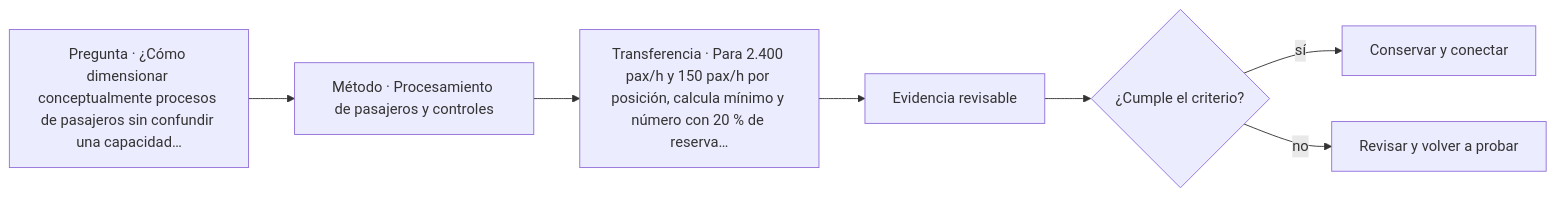
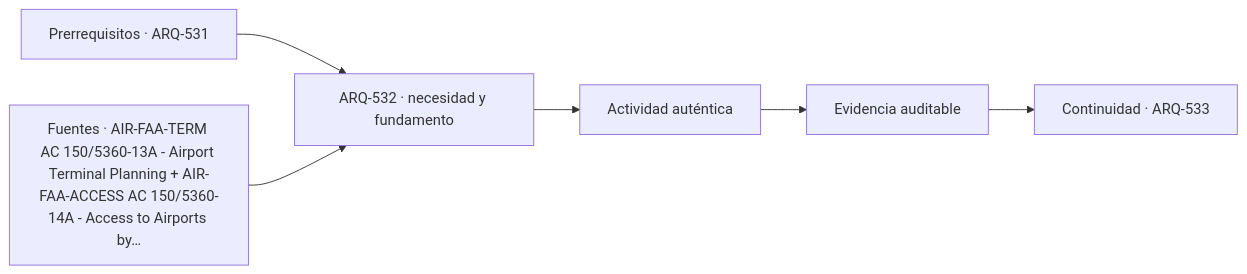
Before and after one commit to vladimiracunadev-create/architecture-built-environment-learning-program: the diagram in classes/parte-54/ARQ-532.md, drawn with Mermaid. The commit also changed other lines of this file and 761 other files, not shown here.

````diff
--- a/classes/parte-54/ARQ-532.md
+++ b/classes/parte-54/ARQ-532.md
@@ -91,9 +103,8 @@
 ```mermaid
 flowchart LR
-    Q["Pregunta · ¿Cómo dimensionar conceptualmente procesos de pasajeros sin confundir una capacidad…"] --> M["Método · Procesamiento de pasajeros y controles"]
-    M --> P["Transferencia · Para 2.400 pax/h y 150 pax/h por posición, calcula mínimo y número con 20 % de reserva…"]
-    P --> E["Evidencia revisable"]
-    E --> C{"¿Cumple el criterio?"}
-    C -->|sí| T["Conservar y conectar"]
-    C -->|no| R["Revisar y volver a probar"]
+    A["Prerrequisitos · ARQ-531"] --> B["ARQ-532 · necesidad y fundamento"]
+    S["Fuentes · AIR-FAA-TERM AC 150/5360-13A - Airport Terminal Planning + AIR-FAA-ACCESS AC 150/5360-14A - Access to Airports by…"] --> B
+    B --> C["Actividad auténtica"]
+    C --> D["Evidencia auditable"]
+    D --> E["Continuidad · ARQ-533"]
 ```
````
